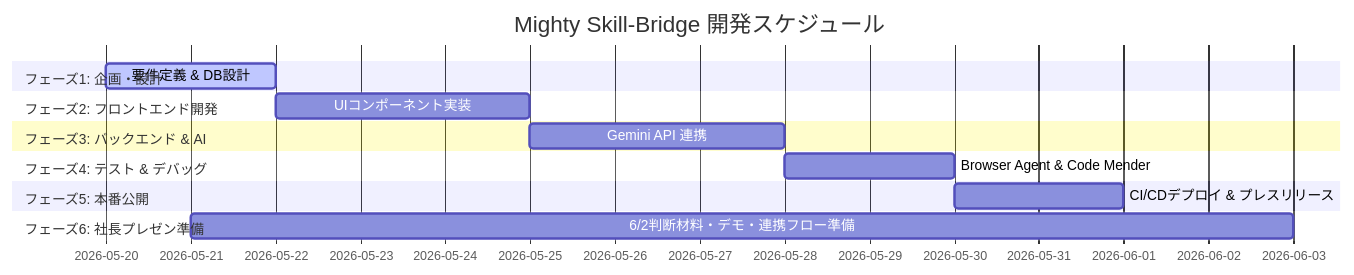
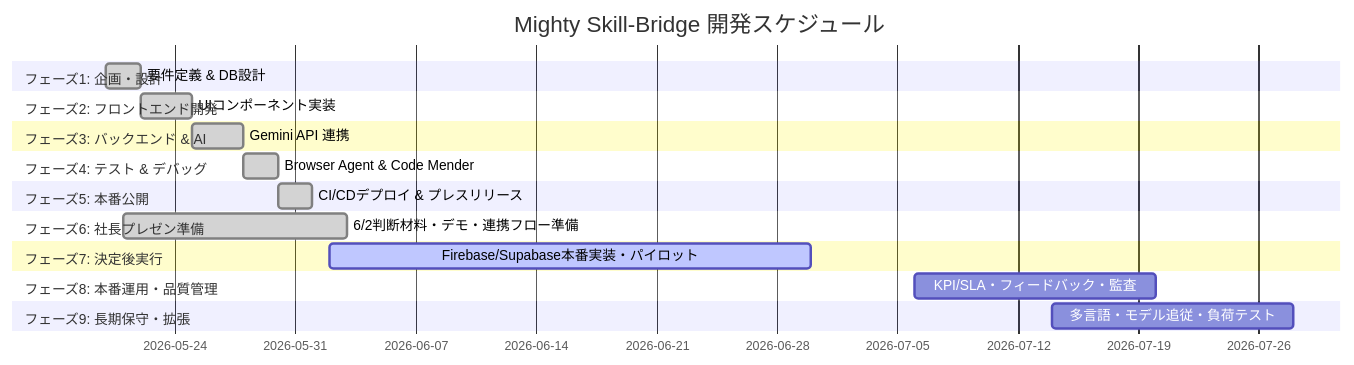
The diagram in docs/WBS.md (kanta13jp1/mighty-link-ai-connect), drawn with Mermaid before and after one commit. The commit also changed 2 other files, not shown here.

Commit message:
docs(T744): ユーザー操作ガイド・FAQ・管理者トラブルシューティング手順書を整備
- docs/USER_GUIDE_AND_FAQ.md 新規作成（一般ユーザー操作手順・FAQ8件・管理者P1-P4障害対処）
- data/WBS.tsv: T744を完了へflip、フェーズ8・9不足タスク（T762-T770）追加
- docs/WBS.md: GanttチャートにPhase7-9を追加

````diff
--- a/docs/WBS.md
+++ b/docs/WBS.md
@@ -12,17 +12,23 @@
 ```mermaid
 gantt
     title Mighty Skill-Bridge 開発スケジュール
     dateFormat  YYYY-MM-DD
     section フェーズ1: 企画・設計
-    要件定義 & DB設計          :active, a1, 2026-05-20, 2d
+    要件定義 & DB設計          :done, a1, 2026-05-20, 2d
     section フェーズ2: フロントエンド開発
-    UIコンポーネント実装        : b1, after a1, 3d
+    UIコンポーネント実装        :done, b1, after a1, 3d
     section フェーズ3: バックエンド & AI
-    Gemini API 連携 : c1, after b1, 3d
+    Gemini API 連携 :done, c1, after b1, 3d
     section フェーズ4: テスト & デバッグ
-    Browser Agent & Code Mender: d1, after c1, 2d
+    Browser Agent & Code Mender :done, d1, after c1, 2d
     section フェーズ5: 本番公開
-    CI/CDデプロイ & プレスリリース: e1, after d1, 2d
+    CI/CDデプロイ & プレスリリース :done, e1, after d1, 2d
     section フェーズ6: 社長プレゼン準備
-    6/2判断材料・デモ・連携フロー準備: f1, 2026-05-21, 13d
+    6/2判断材料・デモ・連携フロー準備 :done, f1, 2026-05-21, 13d
+    section フェーズ7: 決定後実行
+    Firebase/Supabase本番実装・パイロット :active, g1, 2026-06-02, 28d
+    section フェーズ8: 本番運用・品質管理
+    KPI/SLA・フィードバック・監査 : h1, 2026-07-06, 14d
+    section フェーズ9: 長期保守・拡張
+    多言語・モデル追従・負荷テスト : i1, 2026-07-14, 14d
 ```
````
